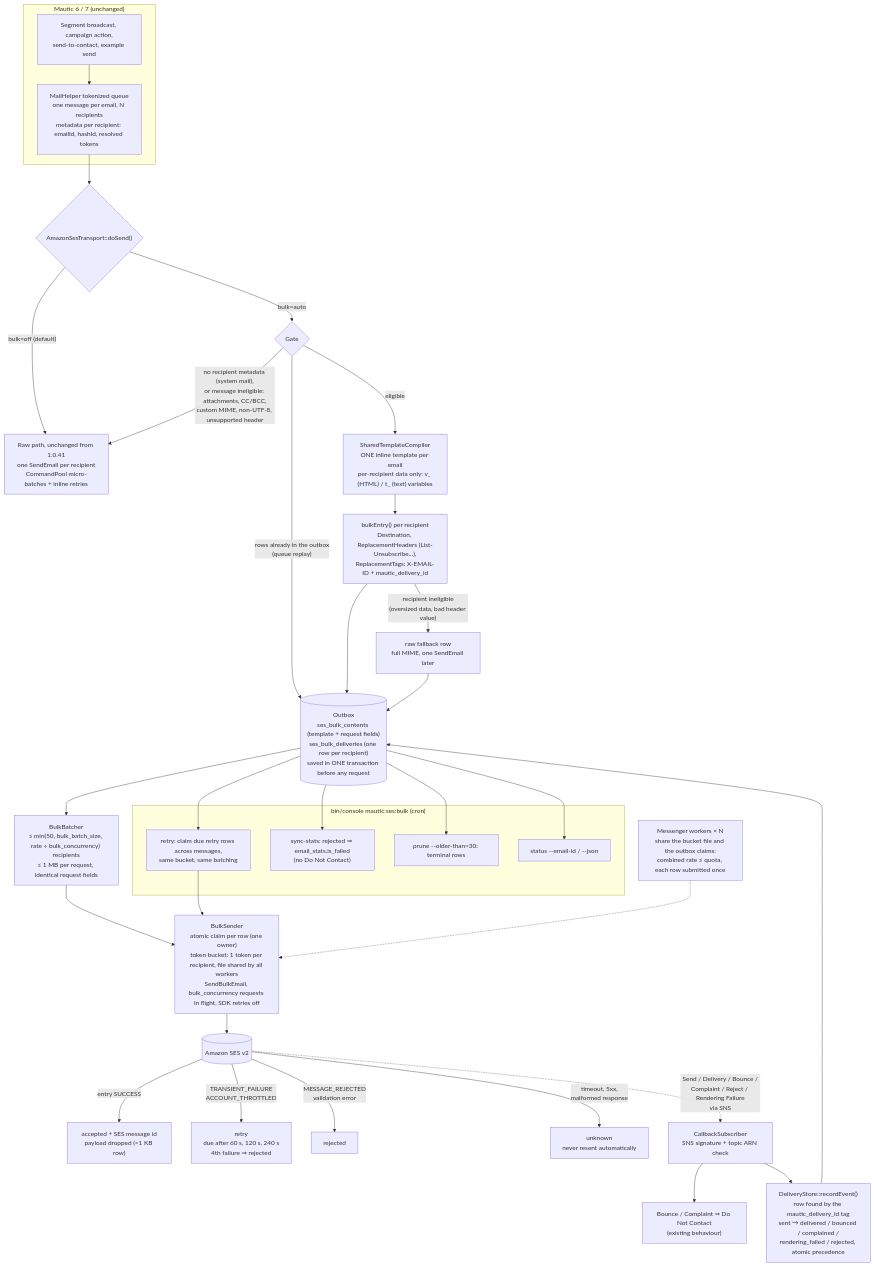
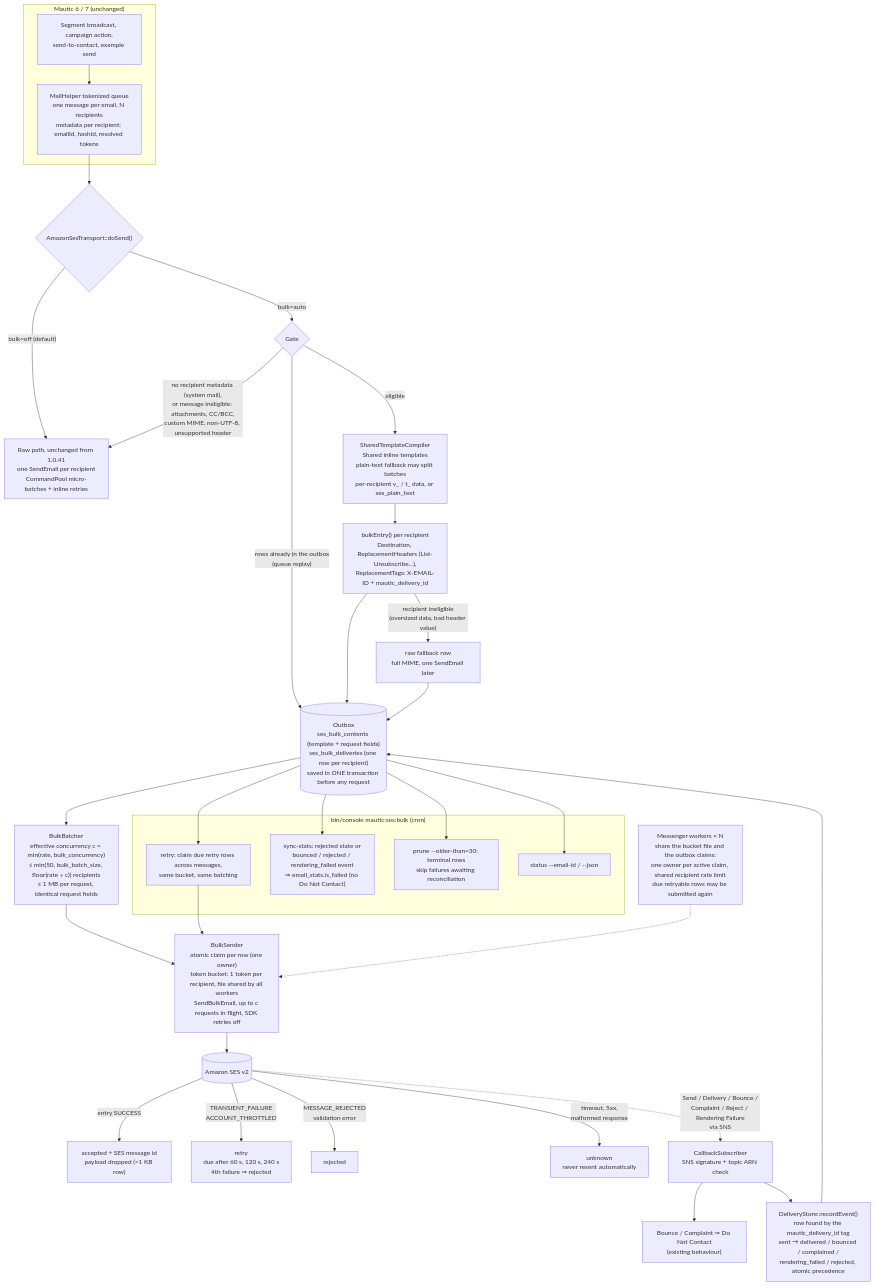
One commit to BuggerSee/etailors_amazon_ses changed the first of 2 diagrams in docs/SES_BULK_FLOW.md. Above: the diagram before and after it, drawn with Mermaid. The commit also changed other lines of this file, not shown here.

Commit message:
Refine the flow diagram wording to match the concurrency cap, sync-stats and prune rules

````diff
--- a/docs/SES_BULK_FLOW.md
+++ b/docs/SES_BULK_FLOW.md
@@ -7,38 +7,38 @@
 ```mermaid
 flowchart TB
   subgraph M["Mautic 6 / 7 (unchanged)"]
     A["Segment broadcast, campaign action,<br/>send-to-contact, example send"] --> B["MailHelper tokenized queue<br/>one message per email, N recipients<br/>metadata per recipient: emailId, hashId, resolved tokens"]
   end
   B --> C{"AmazonSesTransport::doSend()"}
   C -- "bulk=off (default)" --> R["Raw path, unchanged from 1.0.41<br/>one SendEmail per recipient<br/>CommandPool micro-batches + inline retries"]
   C -- "bulk=auto" --> G{"Gate"}
   G -- "no recipient metadata (system mail),<br/>or message ineligible: attachments, CC/BCC,<br/>custom MIME, non-UTF-8, unsupported header" --> R
   G -- "rows already in the outbox<br/>(queue replay)" --> O
-  G -- "eligible" --> T["SharedTemplateCompiler<br/>ONE inline template per email<br/>per-recipient data only: v_ (HTML) / t_ (text) variables"]
+  G -- "eligible" --> T["SharedTemplateCompiler<br/>Shared inline templates<br/>plain-text fallback may split batches<br/>per-recipient v_ / t_ data, or ses_plain_text"]
   T --> E["bulkEntry() per recipient<br/>Destination, ReplacementHeaders (List-Unsubscribe...),<br/>ReplacementTags: X-EMAIL-ID + mautic_delivery_id"]
   E -- "recipient ineligible<br/>(oversized data, bad header value)" --> RF["raw fallback row<br/>full MIME, one SendEmail later"]
   E --> O[("Outbox<br/>ses_bulk_contents (template + request fields)<br/>ses_bulk_deliveries (one row per recipient)<br/>saved in ONE transaction before any request")]
   RF --> O
-  O --> BB["BulkBatcher<br/>≤ min(50, bulk_batch_size, rate ÷ bulk_concurrency) recipients<br/>≤ 1 MB per request, identical request fields"]
-  BB --> BS["BulkSender<br/>atomic claim per row (one owner)<br/>token bucket: 1 token per recipient, file shared by all workers<br/>SendBulkEmail, bulk_concurrency requests in flight, SDK retries off"]
+  O --> BB["BulkBatcher<br/>effective concurrency c = min(rate, bulk_concurrency)<br/>≤ min(50, bulk_batch_size, floor(rate ÷ c)) recipients<br/>≤ 1 MB per request, identical request fields"]
+  BB --> BS["BulkSender<br/>atomic claim per row (one owner)<br/>token bucket: 1 token per recipient, file shared by all workers<br/>SendBulkEmail, up to c requests in flight, SDK retries off"]
   BS --> SES[("Amazon SES v2")]
   SES -- "entry SUCCESS" --> ACC["accepted + SES message id<br/>payload dropped (≈1 KB row)"]
   SES -- "TRANSIENT_FAILURE<br/>ACCOUNT_THROTTLED" --> RET["retry<br/>due after 60 s, 120 s, 240 s<br/>4th failure ⇒ rejected"]
   SES -- "MESSAGE_REJECTED<br/>validation error" --> REJ["rejected"]
   SES -- "timeout, 5xx,<br/>malformed response" --> UNK["unknown<br/>never resent automatically"]
   SES -. "Send / Delivery / Bounce /<br/>Complaint / Reject / Rendering Failure<br/>via SNS" .-> CB["CallbackSubscriber<br/>SNS signature + topic ARN check"]
   CB --> DNC["Bounce / Complaint ⇒ Do Not Contact<br/>(existing behaviour)"]
   CB --> EV["DeliveryStore::recordEvent()<br/>row found by the mautic_delivery_id tag<br/>sent → delivered / bounced / complained /<br/>rendering_failed / rejected, atomic precedence"]
   EV --> O
   subgraph K["bin/console mautic:ses:bulk (cron)"]
     K1["retry: claim due retry rows across messages,<br/>same bucket, same batching"]
-    K2["sync-stats: rejected ⇒ email_stats.is_failed<br/>(no Do Not Contact)"]
-    K3["prune --older-than=30: terminal rows"]
+    K2["sync-stats: rejected state or<br/>bounced / rejected / rendering_failed event<br/>⇒ email_stats.is_failed (no Do Not Contact)"]
+    K3["prune --older-than=30: terminal rows<br/>skip failures awaiting reconciliation"]
     K4["status --email-id / --json"]
   end
   O --> K1 --> BS
   O --> K2
   O --> K3
   O --> K4
-  W["Messenger workers × N<br/>share the bucket file and the outbox claims:<br/>combined rate ≤ quota, each row submitted once"] -.-> BS
+  W["Messenger workers × N<br/>share the bucket file and the outbox claims:<br/>one owner per active claim, shared recipient rate limit<br/>due retryable rows may be submitted again"] -.-> BS
 ```
````
